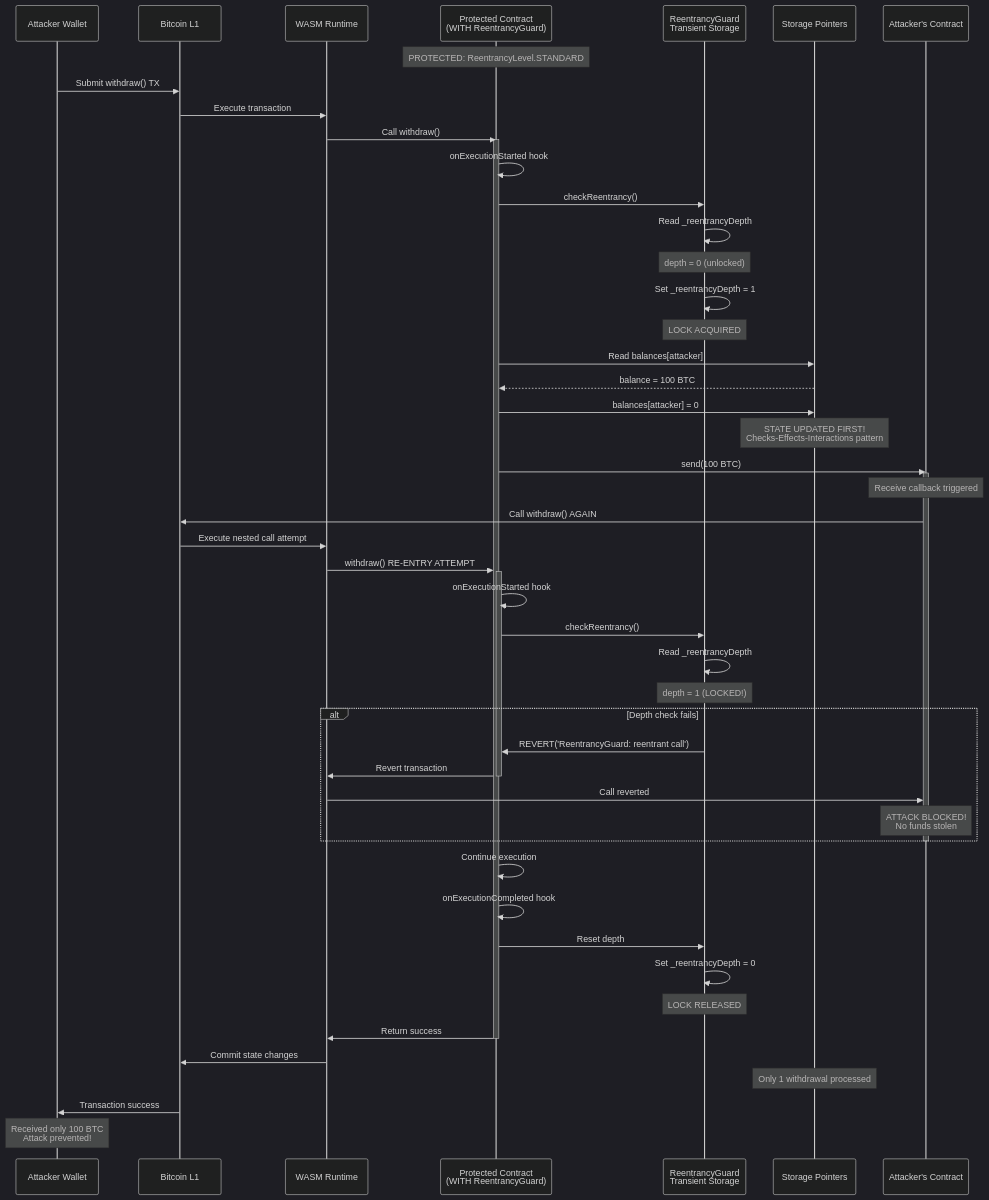
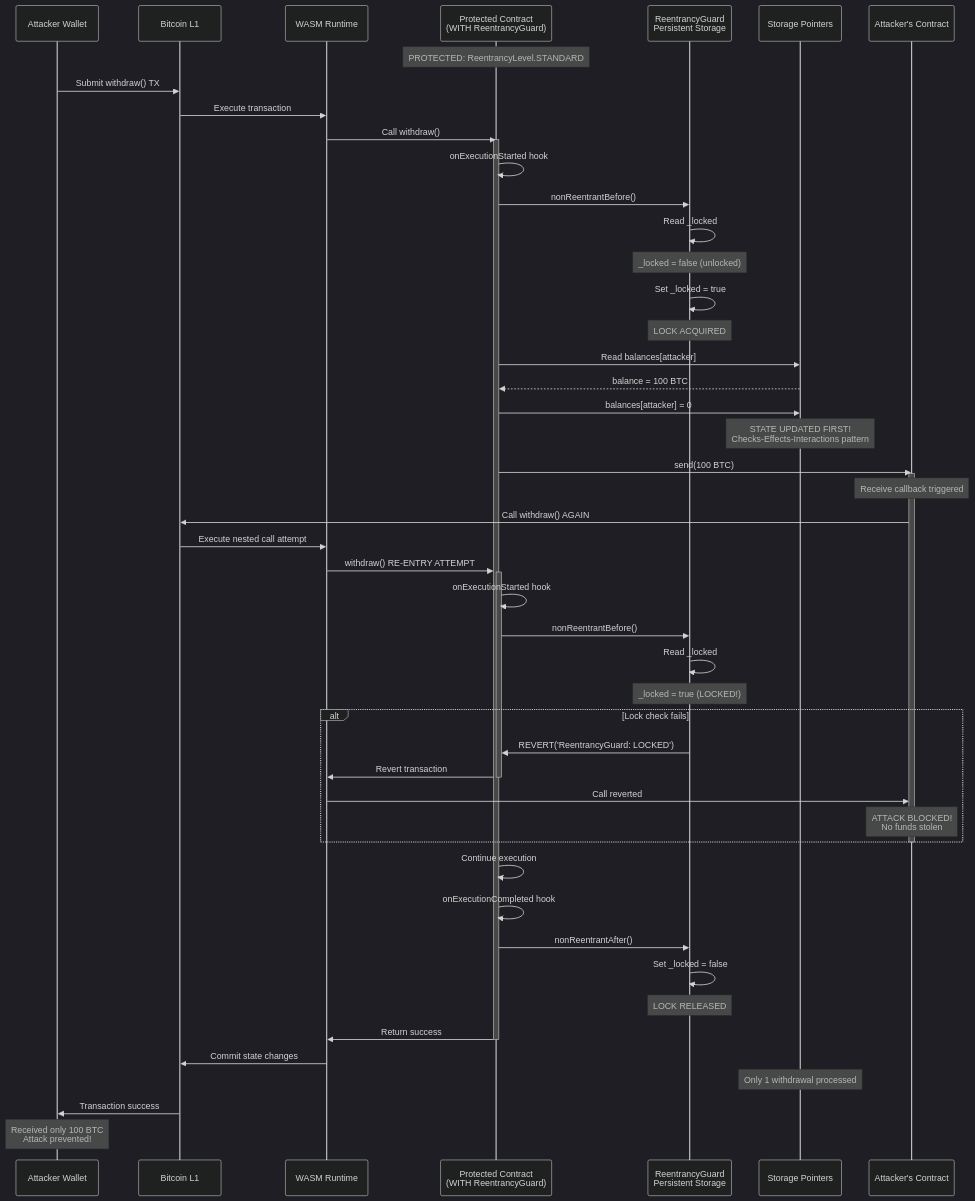
Before and after one commit to btc-vision/btc-runtime: the third of 6 diagrams in docs/contracts/reentrancy-guard.md, drawn with Mermaid (dark theme). The commit also changed other lines of this file and 30 other files, not shown here.

````diff
--- a/docs/contracts/reentrancy-guard.md
+++ b/docs/contracts/reentrancy-guard.md
@@ -181,70 +181,70 @@
 ```mermaid
 sequenceDiagram
     participant Attacker as Attacker Wallet
     participant Blockchain as Bitcoin L1
     participant VM as WASM Runtime
     participant Protected as Protected Contract<br/>(WITH ReentrancyGuard)
-    participant Guard as ReentrancyGuard<br/>Transient Storage
+    participant Guard as ReentrancyGuard<br/>Persistent Storage
     participant Storage as Storage Pointers
     participant MaliciousContract as Attacker's Contract
 
     Note over Protected: PROTECTED: ReentrancyLevel.STANDARD
 
     Attacker->>Blockchain: Submit withdraw() TX
     Blockchain->>VM: Execute transaction
     VM->>Protected: Call withdraw()
     activate Protected
 
     Protected->>Protected: onExecutionStarted hook
-    Protected->>Guard: checkReentrancy()
-    Guard->>Guard: Read _reentrancyDepth
-    Note over Guard: depth = 0 (unlocked)
+    Protected->>Guard: nonReentrantBefore()
+    Guard->>Guard: Read _locked
+    Note over Guard: _locked = false (unlocked)
 
-    Guard->>Guard: Set _reentrancyDepth = 1
+    Guard->>Guard: Set _locked = true
     Note over Guard: LOCK ACQUIRED
 
     Protected->>Storage: Read balances[attacker]
     Storage-->>Protected: balance = 100 BTC
 
     Protected->>Storage: balances[attacker] = 0
     Note over Storage: STATE UPDATED FIRST!<br/>Checks-Effects-Interactions pattern
 
     Protected->>MaliciousContract: send(100 BTC)
     activate MaliciousContract
     Note over MaliciousContract: Receive callback triggered
 
     MaliciousContract->>Blockchain: Call withdraw() AGAIN
     Blockchain->>VM: Execute nested call attempt
     VM->>Protected: withdraw() RE-ENTRY ATTEMPT
     activate Protected
 
     Protected->>Protected: onExecutionStarted hook
-    Protected->>Guard: checkReentrancy()
-    Guard->>Guard: Read _reentrancyDepth
-    Note over Guard: depth = 1 (LOCKED!)
+    Protected->>Guard: nonReentrantBefore()
+    Guard->>Guard: Read _locked
+    Note over Guard: _locked = true (LOCKED!)
 
-    alt Depth check fails
-        Guard->>Protected: REVERT('ReentrancyGuard: reentrant call')
+    alt Lock check fails
+        Guard->>Protected: REVERT('ReentrancyGuard: LOCKED')
         Protected->>VM: Revert transaction
         deactivate Protected
         VM->>MaliciousContract: Call reverted
         Note over MaliciousContract: ATTACK BLOCKED!<br/>No funds stolen
     end
 
     deactivate MaliciousContract
 
     Protected->>Protected: Continue execution
     Protected->>Protected: onExecutionCompleted hook
-    Protected->>Guard: Reset depth
-    Guard->>Guard: Set _reentrancyDepth = 0
+    Protected->>Guard: nonReentrantAfter()
+    Guard->>Guard: Set _locked = false
     Note over Guard: LOCK RELEASED
 
     Protected->>VM: Return success
     deactivate Protected
 
     VM->>Blockchain: Commit state changes
     Note over Storage: Only 1 withdrawal processed
 
     Blockchain->>Attacker: Transaction success
     Note over Attacker: Received only 100 BTC<br/>Attack prevented!
 ```
````
